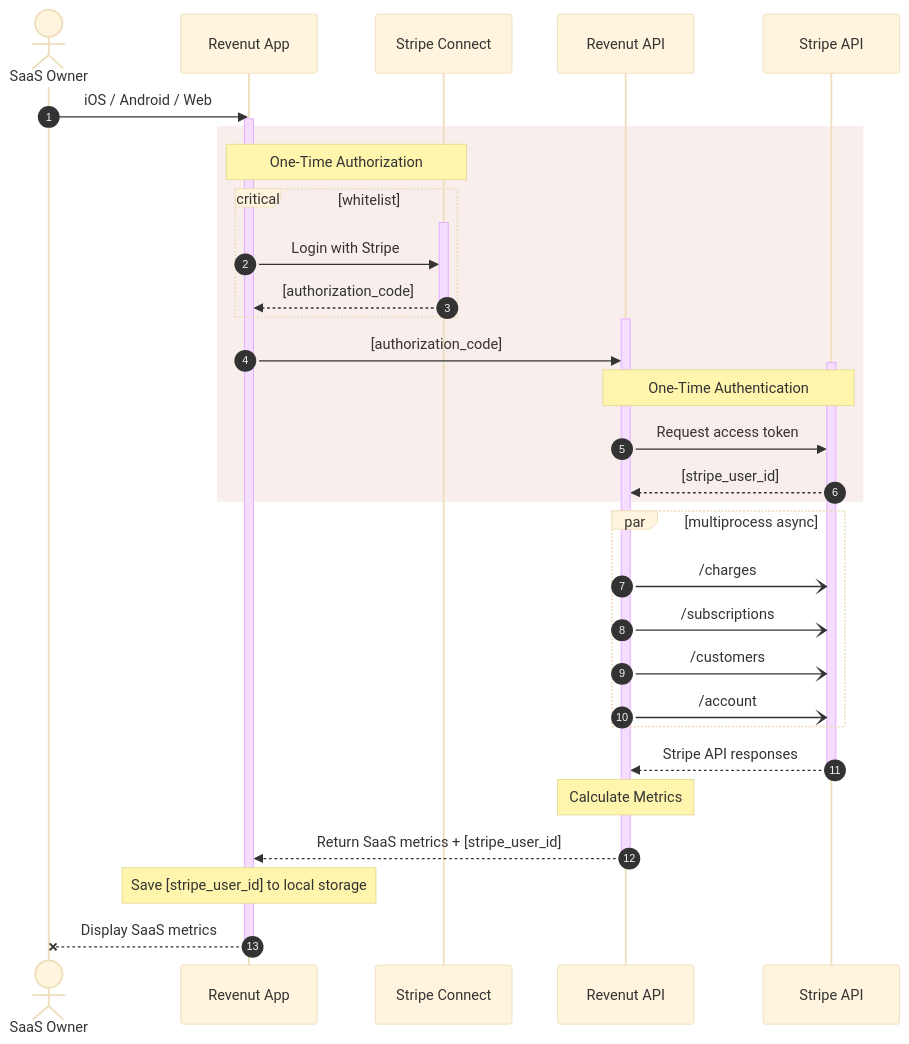
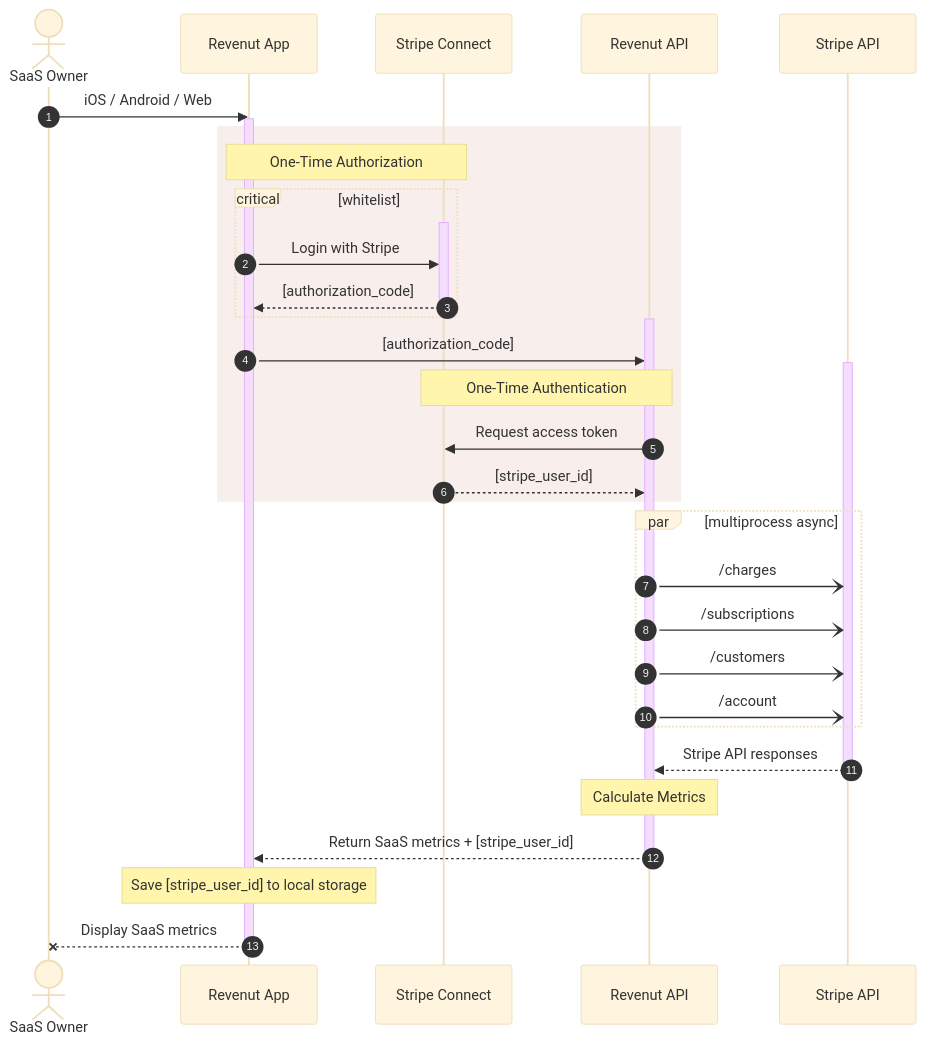
One commit to hbcondo/revenut-app changed the diagram in README.md. Above: the diagram before and after it, drawn with Mermaid (base theme).

Commit message:
updated workflow indents

````diff
--- a/README.md
+++ b/README.md
@@ -58,36 +58,36 @@
 ```mermaid
 sequenceDiagram
     autonumber
     actor SaaS Owner
     SaaS Owner->>Revenut App: iOS / Android / Web
     activate Revenut App
     rect rgb(248, 239, 237)
       Note over Revenut App,Stripe Connect: One-Time Authorization
       critical whitelist
-      activate Stripe Connect
-      Revenut App->>Stripe Connect: Login with Stripe
-      Stripe Connect-->>Revenut App: [authorization_code]
-      deactivate Stripe Connect
-    end
-    activate Revenut API
-    Revenut App->>Revenut API: [authorization_code]
-    activate Stripe API
-    Note over Revenut API, Stripe API: One-Time Authentication
-    Revenut API->>Stripe API: Request access token
-    Stripe API-->>Revenut API: [stripe_user_id]
+        activate Stripe Connect
+        Revenut App->>Stripe Connect: Login with Stripe
+        Stripe Connect-->>Revenut App: [authorization_code]
+        deactivate Stripe Connect
+      end
+      activate Revenut API
+      Revenut App->>Revenut API: [authorization_code]
+      activate Stripe API
+      Note over Revenut API, Stripe Connect: One-Time Authentication
+      Revenut API->>Stripe Connect: Request access token
+      Stripe Connect-->>Revenut API: [stripe_user_id]
     end
     par multiprocess async
       Revenut API-)Stripe API: /charges
       Revenut API-)Stripe API: /subscriptions
       Revenut API-)Stripe API: /customers
       Revenut API-)Stripe API: /account
     end
     Stripe API-->>Revenut API: Stripe API responses
     deactivate Stripe API
     Note over Revenut API: Calculate Metrics 
     Revenut API-->>Revenut App: Return SaaS metrics + [stripe_user_id]
     deactivate Revenut API
     Note over Revenut App: Save [stripe_user_id] to local storage
     Revenut App--xSaaS Owner: Display SaaS metrics
     deactivate Revenut App
 ```
````
